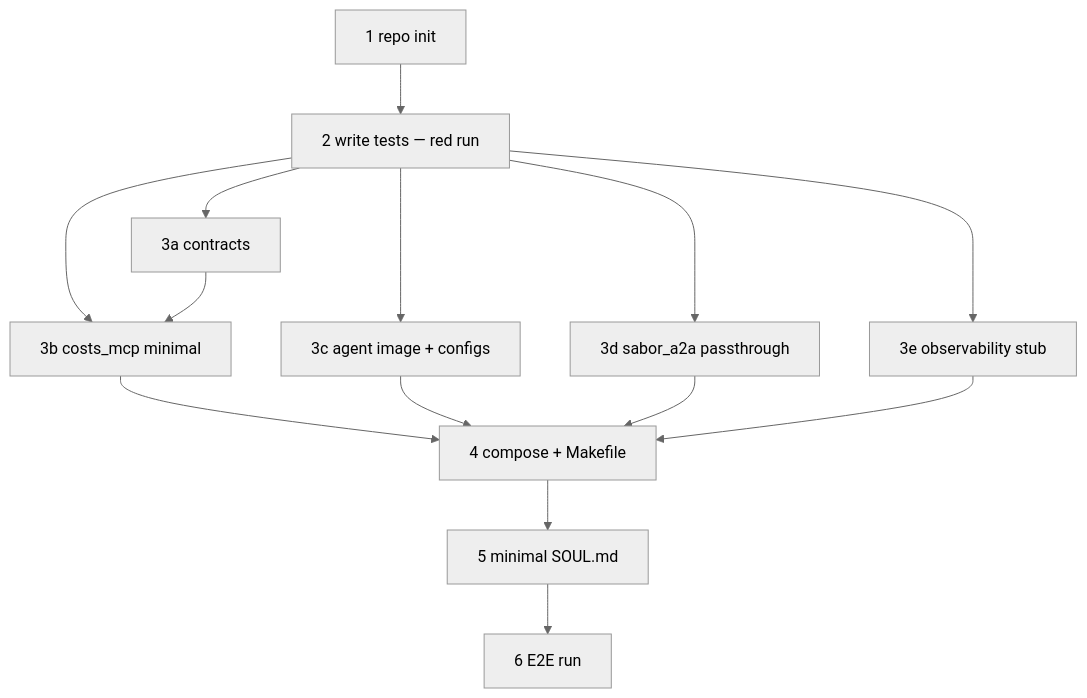
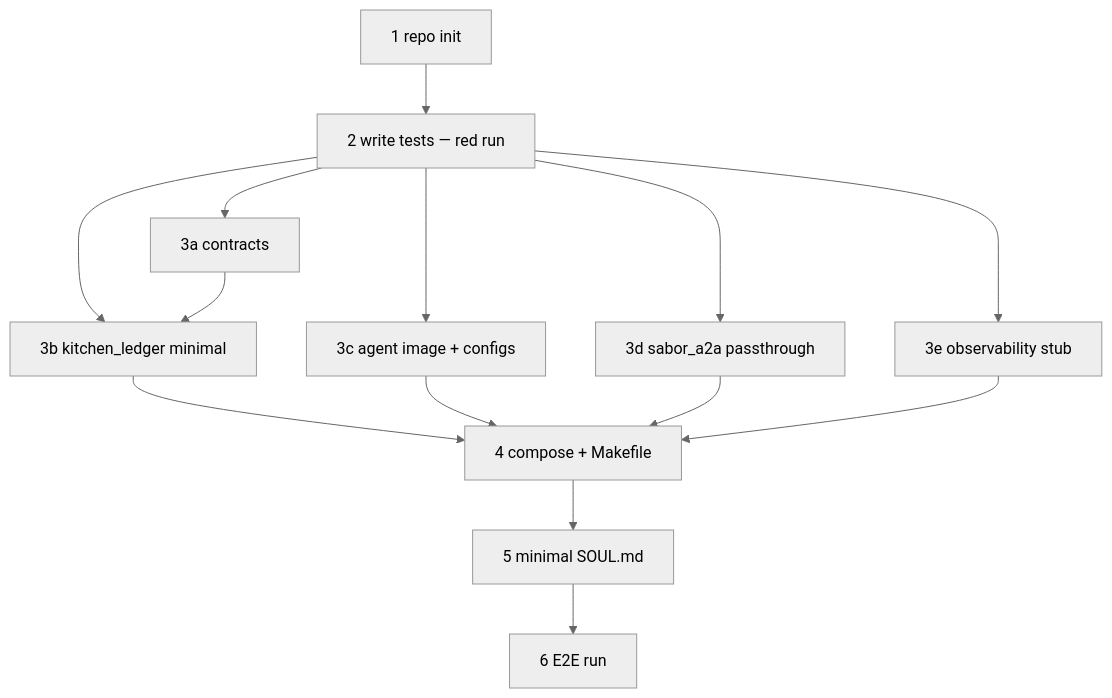
The third of 4 diagrams in PLAN.md (LawsonOliveira/kitchen-assistant), drawn with Mermaid (neutral theme) before and after one commit. The commit also changed other lines of this file and 77 other files, not shown here.

First line of the commit message:
refactor: costs-mcp becomes kitchen-ledger, the book of the business

````diff
--- a/PLAN.md
+++ b/PLAN.md
@@ -1008,16 +1008,16 @@
 ```mermaid
 flowchart TD
     S1[1 repo init] --> S2[2 write tests — red run]
     S2 --> S3a[3a contracts]
-    S2 --> S3b[3b costs_mcp minimal]
+    S2 --> S3b[3b kitchen_ledger minimal]
     S2 --> S3c[3c agent image + configs]
     S2 --> S3d[3d sabor_a2a passthrough]
     S2 --> S3e[3e observability stub]
     S3a --> S3b
     S3b --> S4[4 compose + Makefile]
     S3c --> S4
     S3d --> S4
     S3e --> S4
     S4 --> S5[5 minimal SOUL.md]
     S5 --> S6[6 E2E run]
 ```
````
